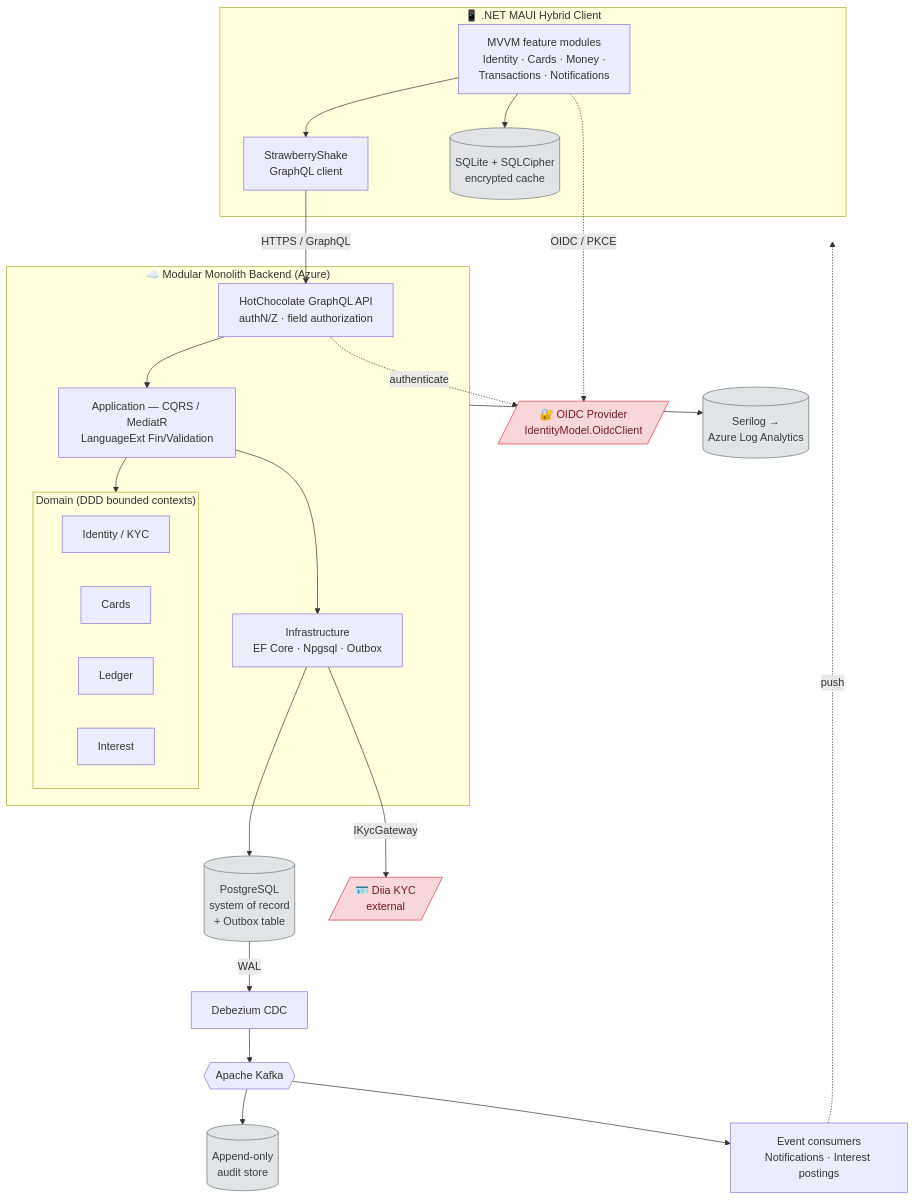
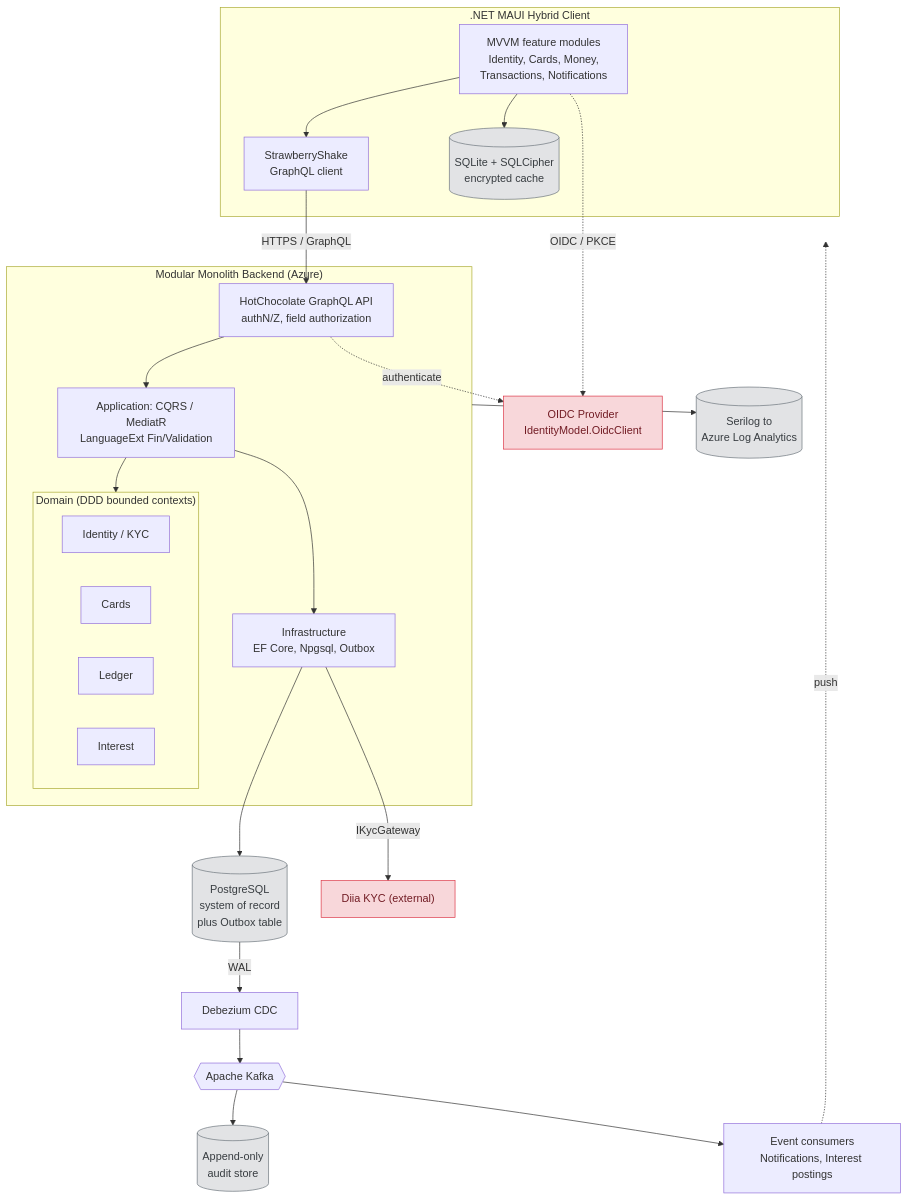
The third of 3 diagrams in homework-3/README.md (kulvitaly/gen-ai-software-engineering), drawn with Mermaid before and after one commit. The commit also changed other lines of this file, not shown here.

````diff
--- a/homework-3/README.md
+++ b/homework-3/README.md
@@ -149,52 +158,52 @@
 ```mermaid
 flowchart TB
-    subgraph Client["📱 .NET MAUI Hybrid Client"]
-        UI[MVVM feature modules<br/>Identity · Cards · Money ·<br/>Transactions · Notifications]
-        SS[StrawberryShake<br/>GraphQL client]
-        LC[(SQLite + SQLCipher<br/>encrypted cache)]
+    subgraph Client[".NET MAUI Hybrid Client"]
+        UI["MVVM feature modules<br/>Identity, Cards, Money,<br/>Transactions, Notifications"]
+        SS["StrawberryShake<br/>GraphQL client"]
+        LC[("SQLite + SQLCipher<br/>encrypted cache")]
         UI --> SS
         UI --> LC
     end
 
-    subgraph Backend["☁️ Modular Monolith Backend (Azure)"]
-        API[HotChocolate GraphQL API<br/>authN/Z · field authorization]
-        App[Application — CQRS / MediatR<br/>LanguageExt Fin/Validation]
+    subgraph Backend["Modular Monolith Backend (Azure)"]
+        API["HotChocolate GraphQL API<br/>authN/Z, field authorization"]
+        App["Application: CQRS / MediatR<br/>LanguageExt Fin/Validation"]
         subgraph Domain["Domain (DDD bounded contexts)"]
-            D1[Identity / KYC]
-            D2[Cards]
-            D3[Ledger]
-            D4[Interest]
+            D1["Identity / KYC"]
+            D2["Cards"]
+            D3["Ledger"]
+            D4["Interest"]
         end
-        Infra[Infrastructure<br/>EF Core · Npgsql · Outbox]
+        Infra["Infrastructure<br/>EF Core, Npgsql, Outbox"]
         API --> App --> Domain
         App --> Infra
     end
 
-    PG[(PostgreSQL<br/>system of record<br/>+ Outbox table)]
-    Debezium[Debezium CDC]
-    Kafka{{Apache Kafka}}
-    Audit[(Append-only<br/>audit store)]
-    Workers[Event consumers<br/>Notifications · Interest postings]
+    PG[("PostgreSQL<br/>system of record<br/>plus Outbox table")]
+    Debezium["Debezium CDC"]
+    Kafka{{"Apache Kafka"}}
+    Audit[("Append-only<br/>audit store")]
+    Workers["Event consumers<br/>Notifications, Interest postings"]
 
-    Diia[/🪪 Diia KYC<br/>external/]
-    OIDC[/🔐 OIDC Provider<br/>IdentityModel.OidcClient/]
-    Logs[(Serilog →<br/>Azure Log Analytics)]
+    Diia["Diia KYC (external)"]
+    OIDC["OIDC Provider<br/>IdentityModel.OidcClient"]
+    Logs[("Serilog to<br/>Azure Log Analytics")]
 
-    SS -- HTTPS / GraphQL --> API
-    UI -. OIDC / PKCE .-> OIDC
+    SS -- "HTTPS / GraphQL" --> API
+    UI -. "OIDC / PKCE" .-> OIDC
     API -. authenticate .-> OIDC
 
     Infra --> PG
     Infra -- IKycGateway --> Diia
     Backend --> Logs
 
     PG -- WAL --> Debezium --> Kafka
     Kafka --> Audit
     Kafka --> Workers
     Workers -. push .-> Client
 
     classDef ext fill:#f8d7da,stroke:#dc3545,color:#721c24;
     classDef store fill:#e2e3e5,stroke:#6c757d,color:#383d41;
     class Diia,OIDC ext;
     class PG,Audit,LC,Logs store;
 ```
````
